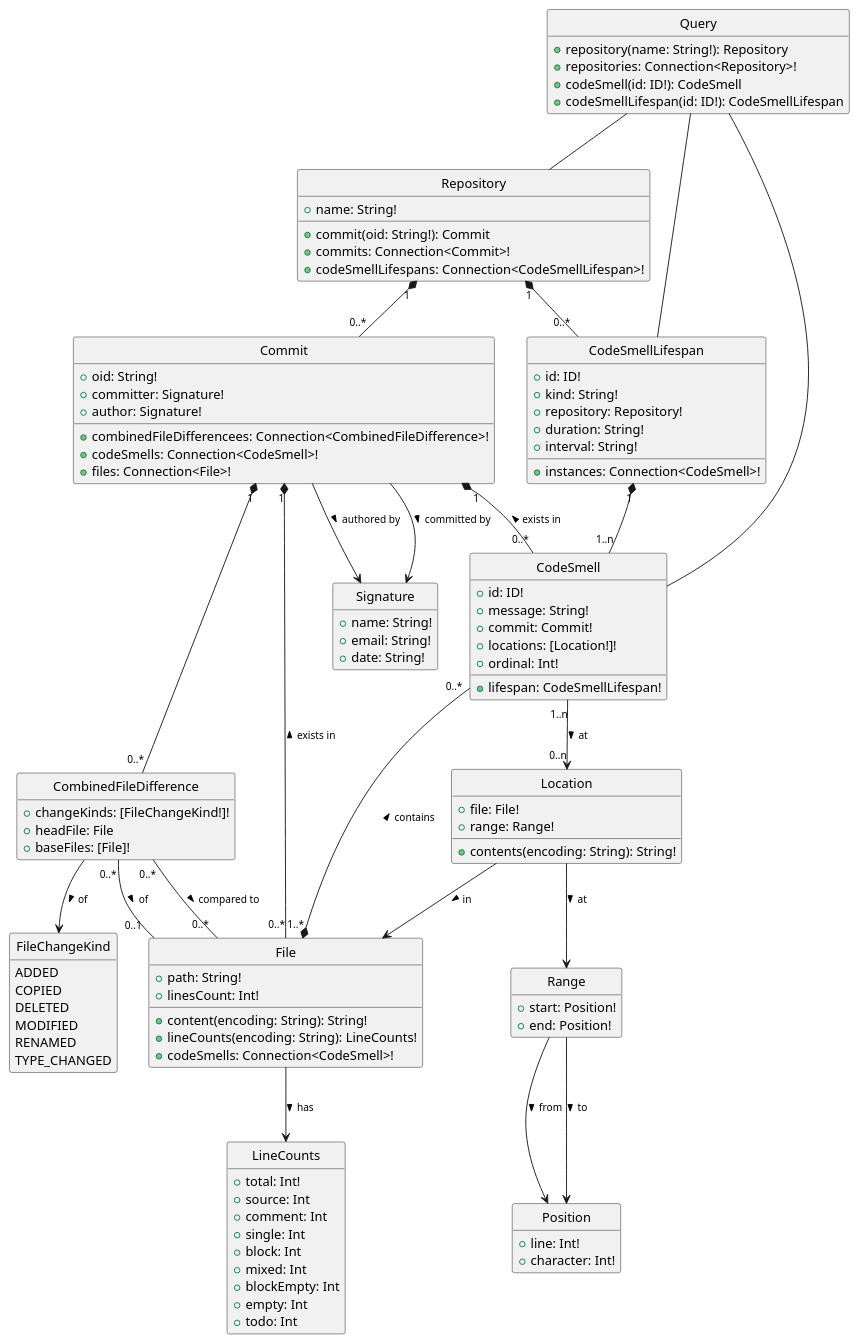
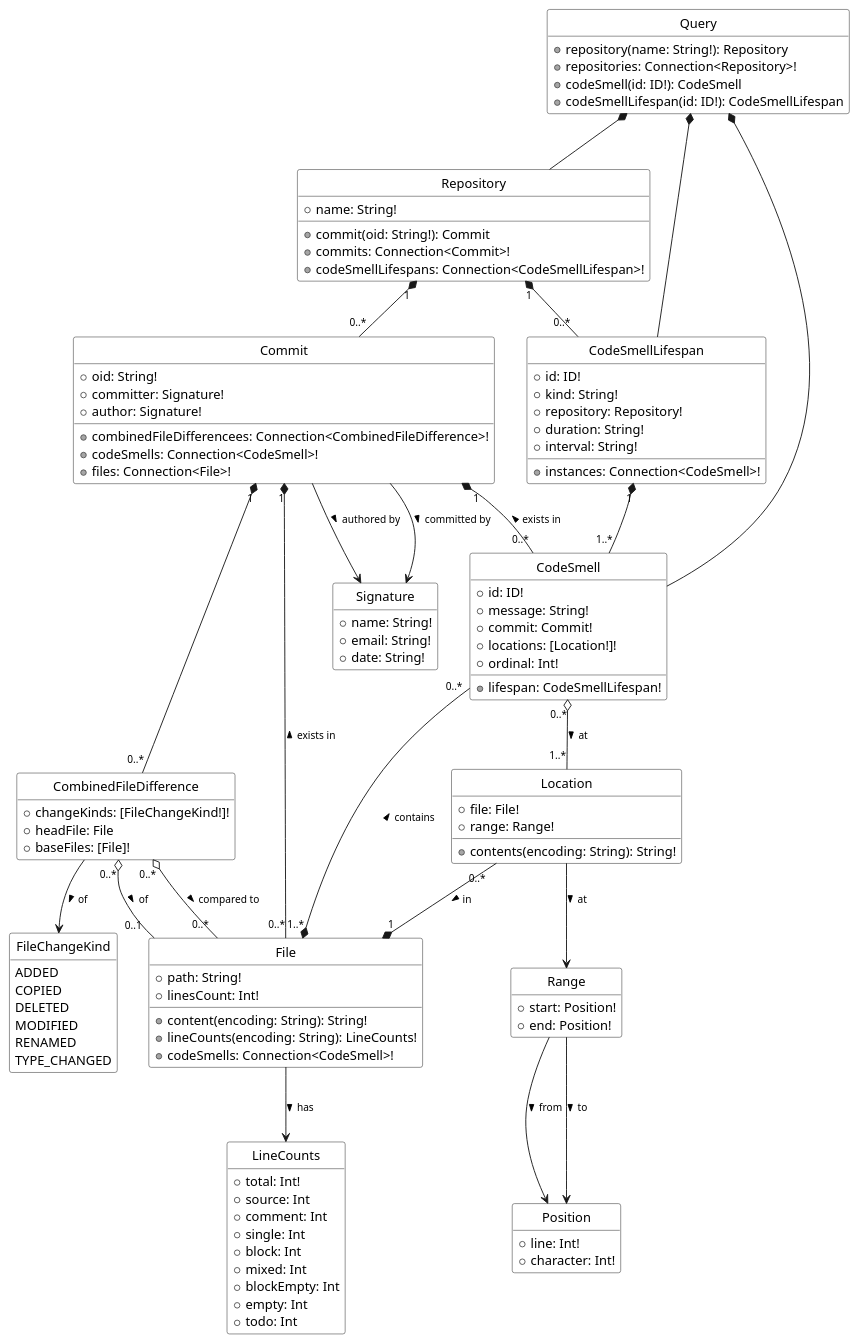
One commit to felixfbecker/olfaction changed the diagram in schema/graphql.plantuml. Above: the diagram before and after it, drawn with PlantUML. The commit also changed 10 other files, not shown here.

Commit message:
Improve diagrams

```diff
--- a/schema/graphql.plantuml
+++ b/schema/graphql.plantuml
@@ -1,123 +1,128 @@
 @startuml graphql
 hide circle
 hide empty members
 skinparam ArrowFontSize 11
+skinparam monochrome true
+skinparam style strictuml
+skinparam shadowing false
+skinparam backgroundColor transparent
+skinparam classBackgroundColor transparent
 
 class Query {
   {method} +repository(name: String!): Repository
   {method} +repositories: Connection<Repository>!
   {method} +codeSmell(id: ID!): CodeSmell
   {method} +codeSmellLifespan(id: ID!): CodeSmellLifespan
 }
-Query -- Repository
-Query -- CodeSmell
-Query -- CodeSmellLifespan
+Query *-- Repository
+Query *-- CodeSmell
+Query *-- CodeSmellLifespan
 
 class Repository {
   +name: String!
   {method} +commit(oid: String!): Commit
   {method} +commits: Connection<Commit>!
   {method} +codeSmellLifespans: Connection<CodeSmellLifespan>!
 }
 Repository "1" *-- "0..*" Commit
 Repository "1" *-- "0..*" CodeSmellLifespan
 
 class Commit {
   +oid: String!
   +committer: Signature!
   +author: Signature!
   {method} +combinedFileDifferencees: Connection<CombinedFileDifference>!
   {method} +codeSmells: Connection<CodeSmell>!
   {method} +files: Connection<File>!
 }
 Commit --> Signature : committed by >
 Commit --> Signature : authored by >
 Commit "1" *-- "0..*" CodeSmell : exists in <
 Commit "1" *-- "0..*" File : exists in <
 Commit "1" *-- "0..*" CombinedFileDifference
 
 class CombinedFileDifference {
   +changeKinds: [FileChangeKind!]!
   +headFile: File
   +baseFiles: [File]!
 }
-CombinedFileDifference "0..*" -- "0..1" File : of >
-CombinedFileDifference "0..*" -- "0..*" File : compared to >
+CombinedFileDifference "0..*" o-- "0..1" File : of >
+CombinedFileDifference "0..*" o-- "0..*" File : compared to >
 CombinedFileDifference --> FileChangeKind : of >
 
 enum FileChangeKind {
   ADDED
   COPIED
   DELETED
   MODIFIED
   RENAMED
   TYPE_CHANGED
 }
 
 class Signature {
   +name: String!
   +email: String!
   +date: String!
 }
 
 class CodeSmell {
   +id: ID!
   +message: String!
   +commit: Commit!
   +locations: [Location!]!
   +ordinal: Int!
   {method} +lifespan: CodeSmellLifespan!
 }
-CodeSmell "1..n" --> "0..n" Location : at >
+CodeSmell "0..*" o-- "1..*" Location : at >
 
 class Location {
   +file: File!
   +range: Range!
   +contents(encoding: String): String!
 }
-Location --> File : in >
+Location "0..*" --* "1" File : in >
 Location --> Range : at >
 class Range {
   +start: Position!
   +end: Position!
 }
 Range --> Position : from >
 Range --> Position : to >
 class Position {
   +line: Int!
   +character: Int!
 }
 
 class CodeSmellLifespan {
   +id: ID!
   +kind: String!
   +repository: Repository!
   +duration: String!
   +interval: String!
   {method} +instances: Connection<CodeSmell>!
 }
-CodeSmellLifespan "1" *-- "1..n" CodeSmell
+CodeSmellLifespan "1" *-- "1..*" CodeSmell
 
 class LineCounts {
   +total: Int!
   +source: Int
   +comment: Int
   +single: Int
   +block: Int
   +mixed: Int
   +blockEmpty: Int
   +empty: Int
   +todo: Int
 }
 
 class File {
   +path: String!
   +linesCount: Int!
   +content(encoding: String): String!
   +lineCounts(encoding: String): LineCounts!
   {method} +codeSmells: Connection<CodeSmell>!
 }
 File "1..*" *-- "0..*" CodeSmell : contains >
 File --> LineCounts : has >
 
 @enduml
```
